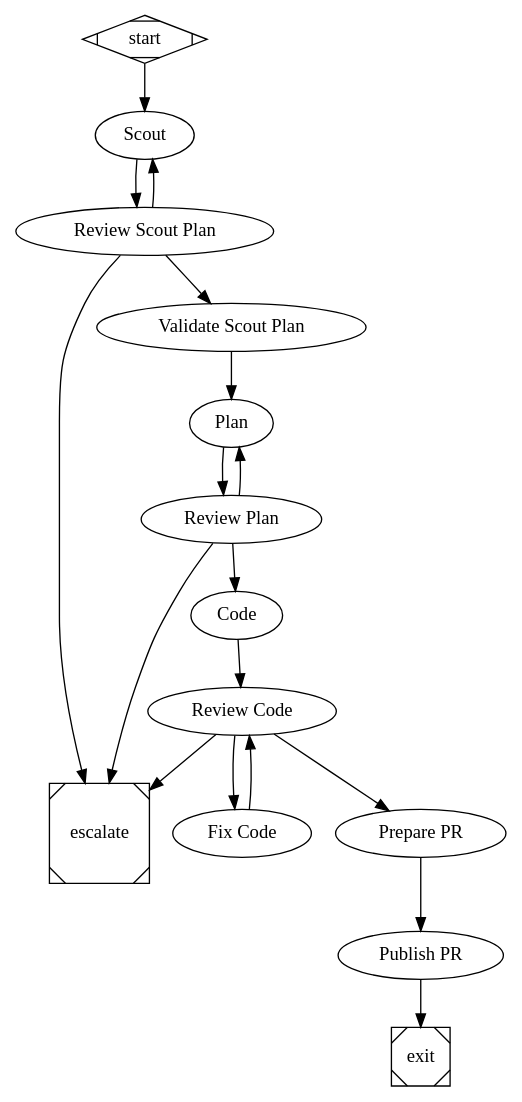
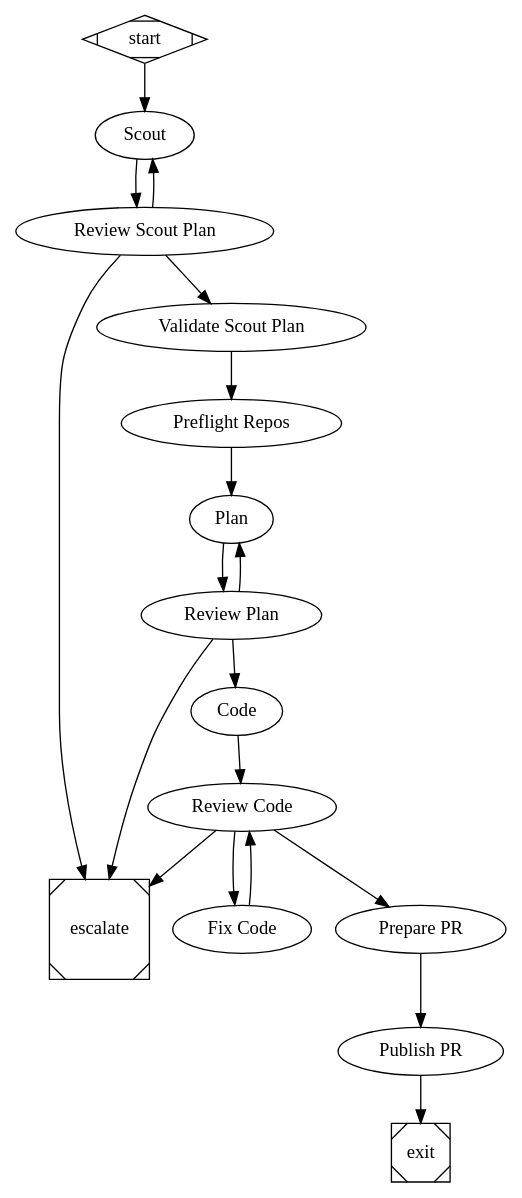
Before and after one commit to akshiitGpt/vajra: the diagram in pipelines/multi-repo.dot, drawn with Graphviz. The commit also changed 8 other files, not shown here.

```diff
--- a/pipelines/multi-repo.dot
+++ b/pipelines/multi-repo.dot
@@ -1,103 +1,110 @@
 digraph MultiRepoPipeline {
   graph [goal="Scout affected repos, plan, implement, and ship PRs for a multi-repo issue"]
 
   start [shape=Mdiamond]
   exit  [shape=Msquare]
   escalate [shape=Msquare, exit_reason="human_review"]
 
   scout [
     type="agent",
     label="Scout",
     agent="scout",
     thread="scouting",
     max_visits="3",
     on_exhaustion="escalate",
     artifact_path=".vajra/run/scout-plan.json"
   ]
 
   review_scout [
     type="agent",
     label="Review Scout Plan",
     agent="scout-reviewer",
     artifact_path=".vajra/run/scout-review.md"
   ]
 
   validate_scout [
     type="tool",
     label="Validate Scout Plan",
     command="vajra validate-scout-plan"
+  ]
+
+  preflight_repos [
+    type="tool",
+    label="Preflight Repos",
+    command="vajra preflight-repos"
   ]
 
   plan [
     type="agent",
     label="Plan",
     agent="planner",
     thread="planning",
     max_visits="4",
     on_exhaustion="escalate",
     artifact_path=".vajra/run/plan.md"
   ]
 
   review_plan [
     type="agent",
     label="Review Plan",
     agent="plan-reviewer",
     artifact_path=".vajra/run/plan-review.md"
   ]
 
   code [
     type="agent",
     label="Code",
     agent="coder",
     thread="coding",
     artifact_path=".vajra/run/implementation-summary.md"
   ]
 
   review_code [
     type="agent",
     label="Review Code",
     agent="code-reviewer",
     artifact_path=".vajra/run/code-review.md"
   ]
 
   fix_code [
     type="agent",
     label="Fix Code",
     agent="fixer",
     thread="coding",
     max_visits="4",
     on_exhaustion="escalate",
     artifact_path=".vajra/run/implementation-summary.md"
   ]
 
   prepare_pr [
     type="agent",
     label="Prepare PR",
     agent="pr-preparer",
     artifact_path=".vajra/run/pr-body.md"
   ]
 
   publish_pr [
     type="tool",
     label="Publish PR",
     command="vajra publish-pr --title-file .vajra/pr-title.txt --body-file .vajra/run/pr-body.md --base {{ target_branch }}"
   ]
 
   start -> scout
   scout -> review_scout
   review_scout -> validate_scout [on_label="lgtm"]
   review_scout -> scout [on_label="revise"]
   review_scout -> escalate [on_label="escalate"]
-  validate_scout -> plan
+  validate_scout -> preflight_repos
+  preflight_repos -> plan
   plan -> review_plan
   review_plan -> code [on_label="lgtm"]
   review_plan -> plan [on_label="revise"]
   review_plan -> escalate [on_label="escalate"]
   code -> review_code
   review_code -> prepare_pr [on_label="lgtm"]
   review_code -> fix_code [on_label="revise"]
   review_code -> escalate [on_label="escalate"]
   fix_code -> review_code
   prepare_pr -> publish_pr
   publish_pr -> exit
 }
```
